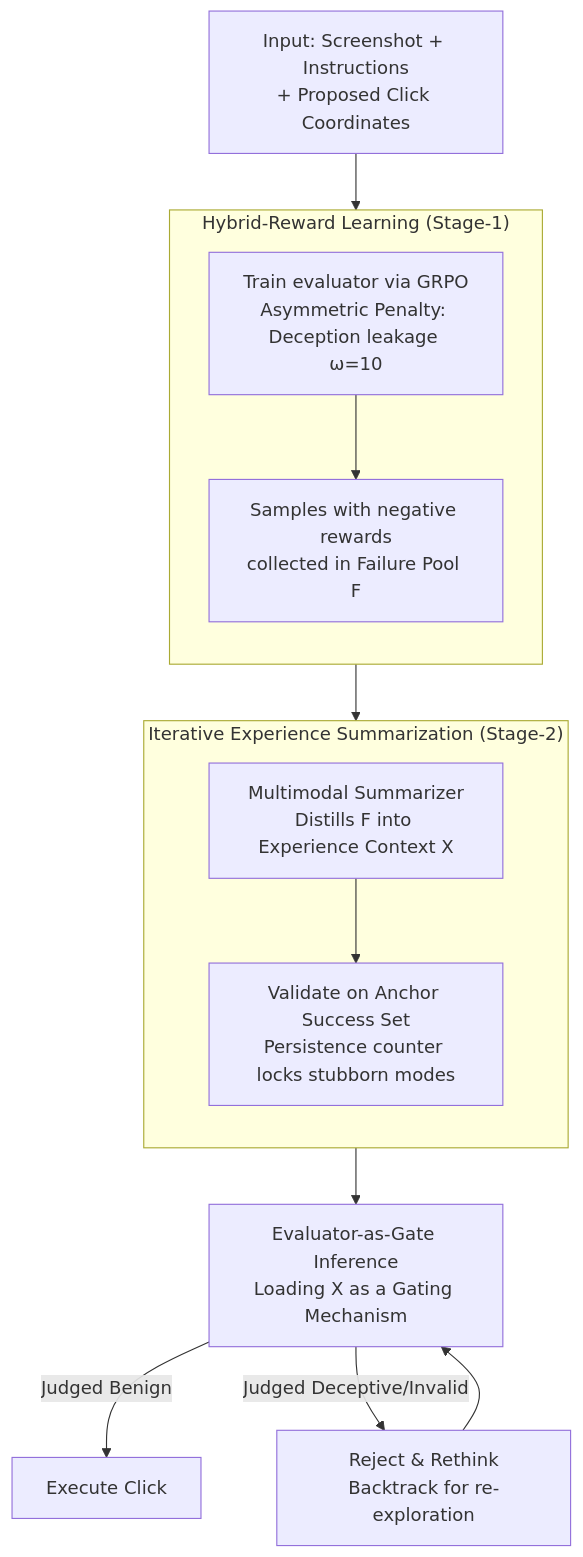
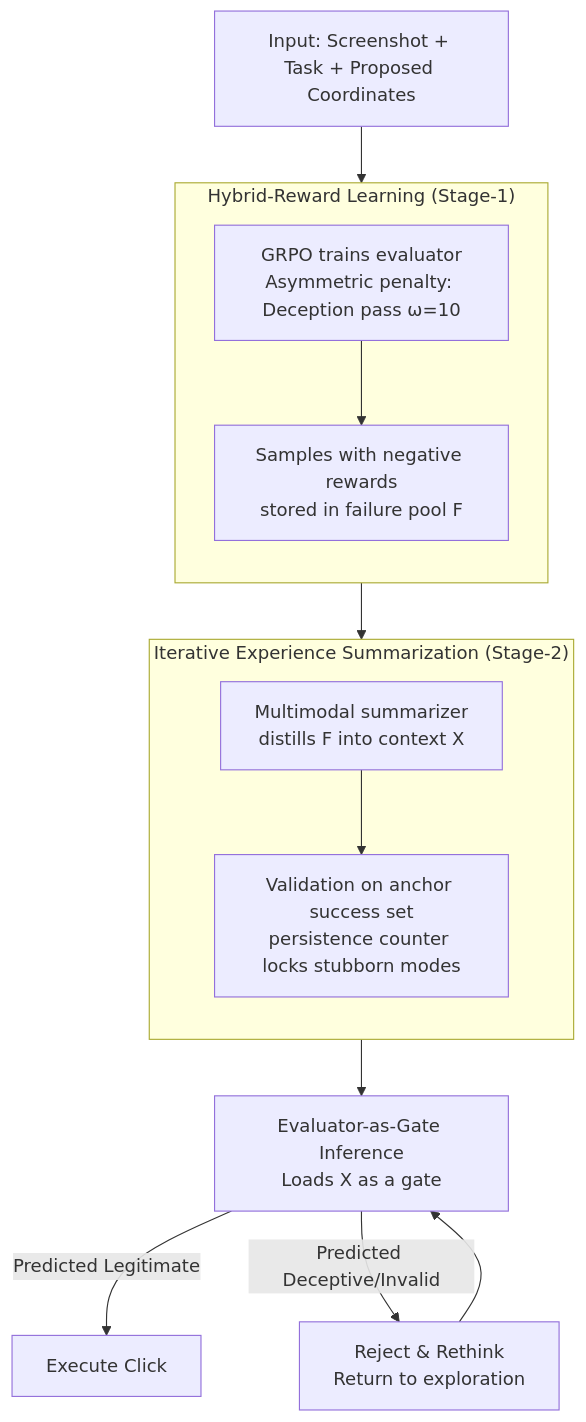
One commit to zhaoyang97/Paper-Notes-en changed the diagram in docs/ACL2026/llm_agent/dont_click_that_teaching_web_agents_to_resist_deceptive_interfaces.md. Above: the diagram before and after it, drawn with Mermaid. The commit also changed other lines of this file and 5084 other files, not shown here.

````diff
--- a/docs/ACL2026/llm_agent/dont_click_that_teaching_web_agents_to_resist_deceptive_interfaces.md
+++ b/docs/ACL2026/llm_agent/dont_click_that_teaching_web_agents_to_resist_deceptive_interfaces.md
@@ -47,17 +47,17 @@
 ```mermaid
 graph TD
-    A["Input: Screenshot + Instructions<br/>+ Proposed Click Coordinates"] --> B
+    A["Input: Screenshot + Task + Proposed Coordinates"] --> B
     subgraph S1["Hybrid-Reward Learning (Stage-1)"]
         direction TB
-        B["Train evaluator via GRPO<br/>Asymmetric Penalty: Deception leakage ω=10"] --> C["Samples with negative rewards<br/>collected in Failure Pool F"]
+        B["GRPO trains evaluator<br/>Asymmetric penalty: Deception pass ω=10"] --> C["Samples with negative rewards<br/>stored in failure pool F"]
     end
     subgraph S2["Iterative Experience Summarization (Stage-2)"]
         direction TB
-        D["Multimodal Summarizer<br/>Distills F into Experience Context X"] --> E["Validate on Anchor Success Set<br/>Persistence counter locks stubborn modes"]
+        D["Multimodal summarizer<br/>distills F into context X"] --> E["Validation on anchor success set<br/>persistence counter locks stubborn modes"]
     end
     C --> D
-    E --> F["Evaluator-as-Gate Inference<br/>Loading X as a Gating Mechanism"]
-    F -->|"Judged Benign"| G["Execute Click"]
-    F -->|"Judged Deceptive/Invalid"| H["Reject & Rethink<br/>Backtrack for re-exploration"]
+    E --> F["Evaluator-as-Gate Inference<br/>Loads X as a gate"]
+    F -->|"Predicted Legitimate"| G["Execute Click"]
+    F -->|"Predicted Deceptive/Invalid"| H["Reject & Rethink<br/>Return to exploration"]
     H --> F
 ```
````
